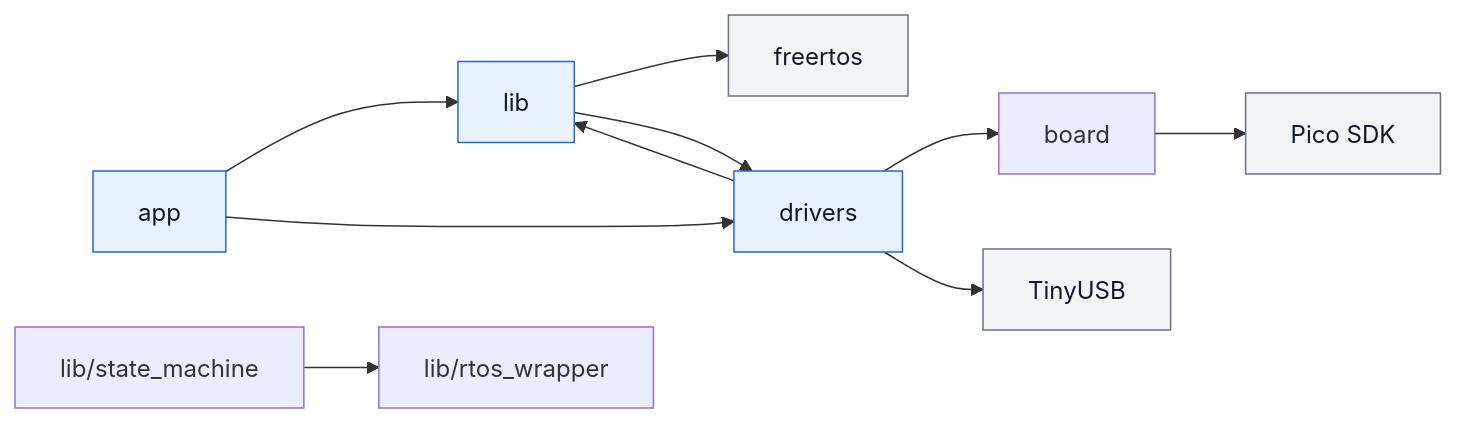
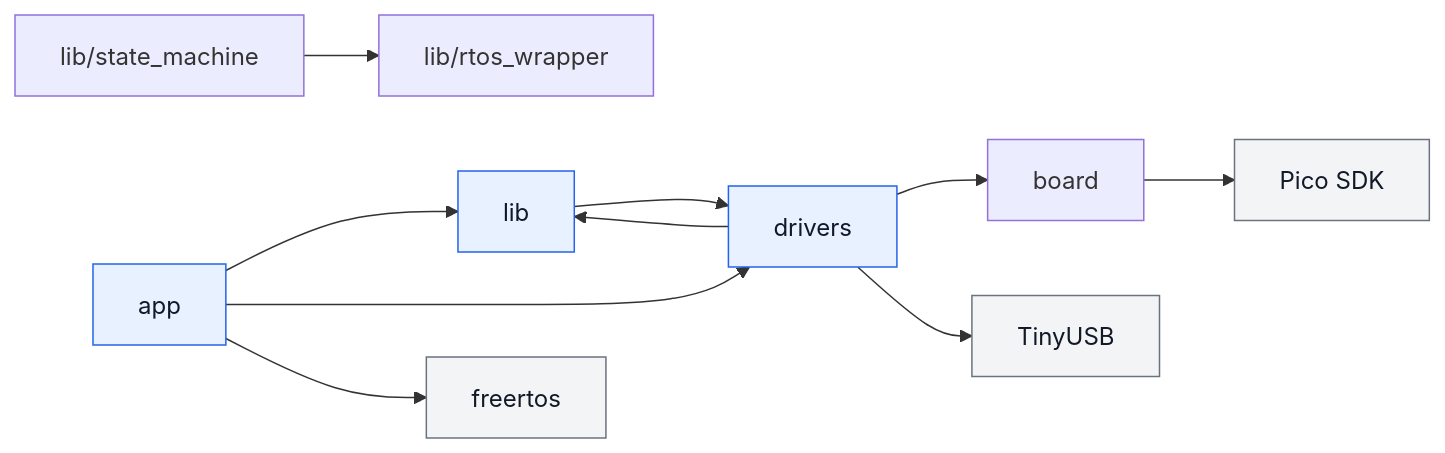
Before and after one commit to starkensan/usb_midi_pedal: the diagram in docs/designs/architecture.md, drawn with Mermaid. The commit also changed other lines of this file and 8 other files, not shown here.

````diff
--- a/docs/designs/architecture.md
+++ b/docs/designs/architecture.md
@@ -91,17 +92,17 @@
 ```mermaid
 flowchart LR
     app[app] --> lib[lib]
     app --> drivers[drivers]
-    lib --> freertos
     state_machine[lib/state_machine] --> rtos_wrapper[lib/rtos_wrapper]
+    app --> freertos
     lib --> drivers
     drivers --> lib
     drivers --> board[board]
     board --> pico[Pico SDK]
     drivers --> tinyusb[TinyUSB]
 
     classDef internal fill:#e8f1ff,stroke:#2563eb,color:#111827
     classDef external fill:#f3f4f6,stroke:#6b7280,color:#111827
     class app,lib,drivers internal
     class freertos,pico,tinyusb external
 ```
````
